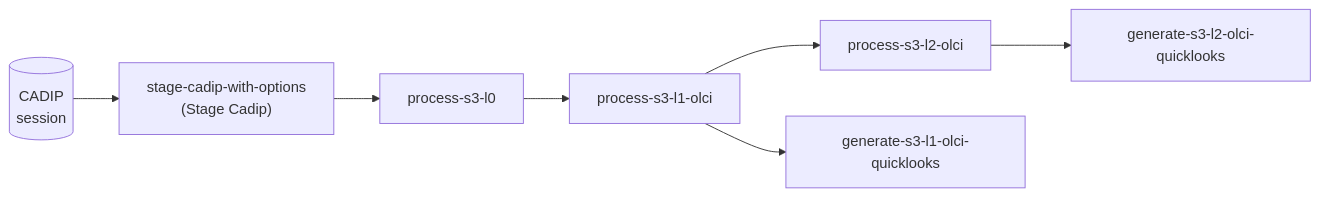
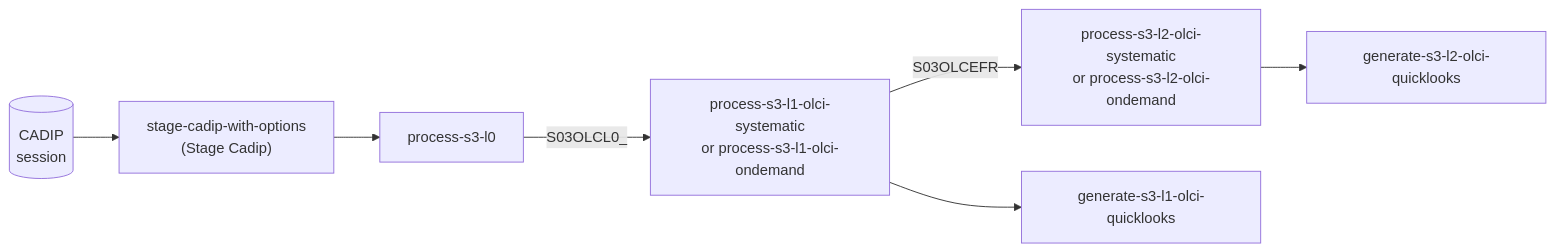
The diagram in docs/doc/flows/sentinel3-flows.md (RS-PYTHON/rs-client-libraries), drawn with Mermaid before and after one commit. The commit also changed other lines of this file and 20 other files, not shown here.

First line of the commit message:
refactor: produce the Sentinel-3 OLCI products only with the process-any flows

````diff
--- a/docs/doc/flows/sentinel3-flows.md
+++ b/docs/doc/flows/sentinel3-flows.md
@@ -6,13 +6,13 @@
 ```mermaid
 flowchart LR
     cadip[("CADIP<br/>session")]
     stage["stage-cadip-with-options<br/>(Stage Cadip)"]
     l0["process-s3-l0"]
-    l1["process-s3-l1-olci"]
-    l2["process-s3-l2-olci"]
+    l1["process-s3-l1-olci-systematic<br/>or process-s3-l1-olci-ondemand"]
+    l2["process-s3-l2-olci-systematic<br/>or process-s3-l2-olci-ondemand"]
     ql1["generate-s3-l1-olci-quicklooks"]
     ql2["generate-s3-l2-olci-quicklooks"]
-    cadip --> stage --> l0 --> l1 --> l2
+    cadip --> stage --> l0 -->|"S03OLCL0_"| l1 -->|"S03OLCEFR"| l2
     l1 --> ql1
     l2 --> ql2
 ```
````
